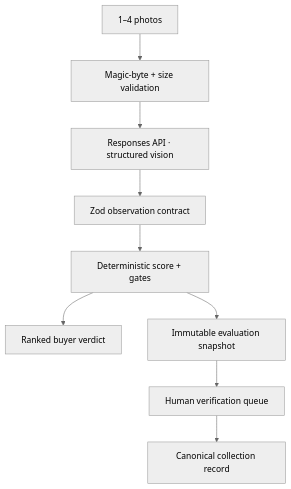
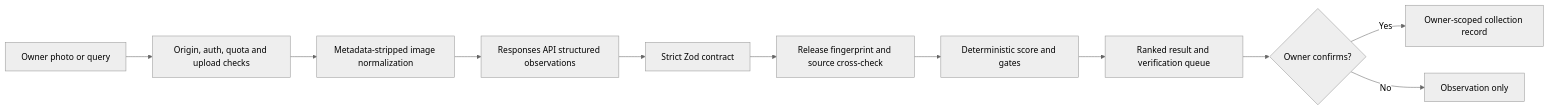
One commit to brdaly/Hot-Wheels-Agent changed the diagram in README.md. Above: the diagram before and after it, drawn with Mermaid (neutral theme). The commit also changed other lines of this file and 70 other files, not shown here.

````diff
--- a/README.md
+++ b/README.md
@@ -20,11 +30,13 @@
 ```mermaid
-flowchart TD
-  A["1–4 photos"] --> B["Magic-byte + size validation"]
-  B --> C["Responses API · structured vision"]
-  C --> D["Zod observation contract"]
-  D --> E["Deterministic score + gates"]
-  E --> F["Ranked buyer verdict"]
-  E --> G["Immutable evaluation snapshot"]
-  G --> H["Human verification queue"]
-  H --> I["Canonical collection record"]
+flowchart LR
+  A[Owner photo or query] --> B[Origin, auth, quota and upload checks]
+  B --> C[Metadata-stripped image normalization]
+  C --> D[Responses API structured observations]
+  D --> E[Strict Zod contract]
+  E --> F[Release fingerprint and source cross-check]
+  F --> G[Deterministic score and gates]
+  G --> H[Ranked result and verification queue]
+  H --> I{Owner confirms?}
+  I -->|Yes| J[Owner-scoped collection record]
+  I -->|No| K[Observation only]
 ```
````
